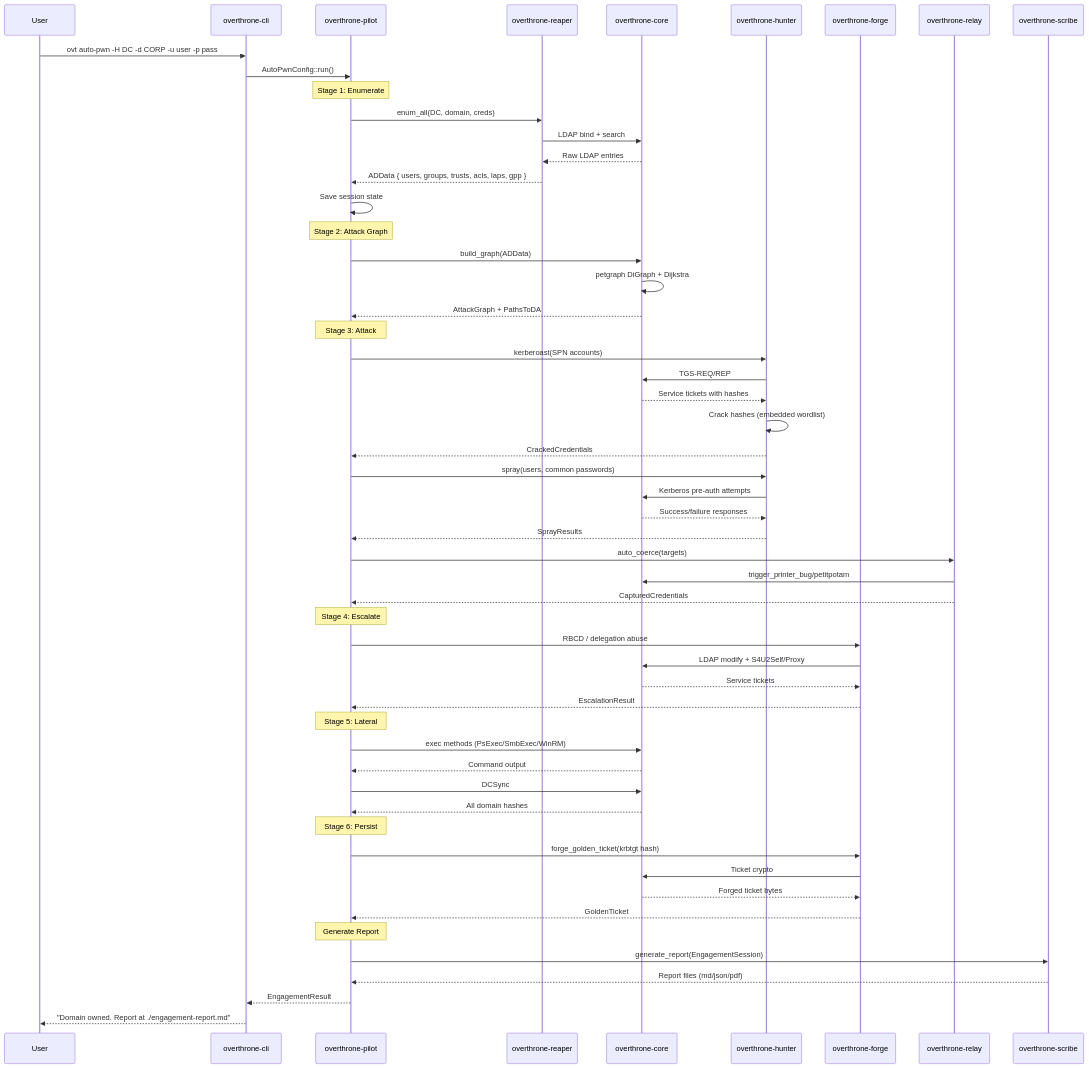
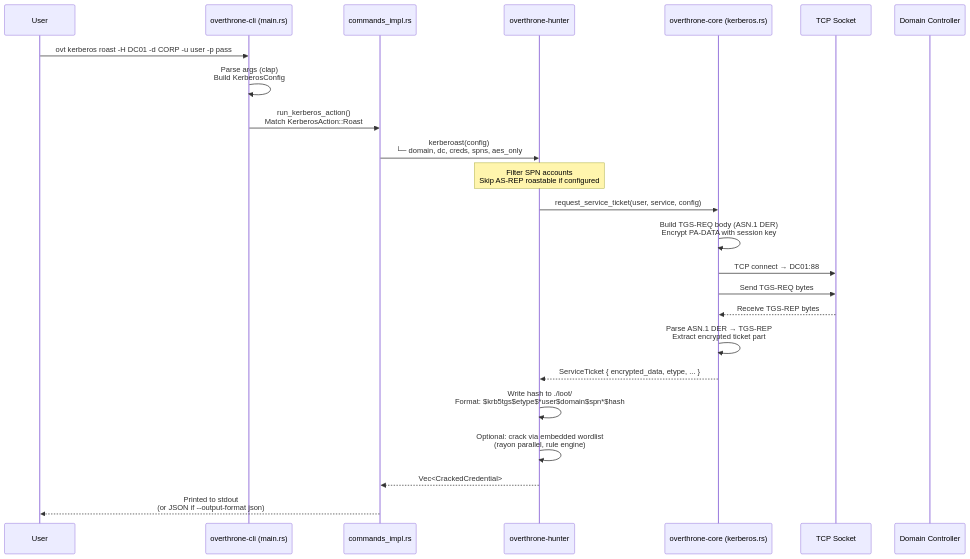
Diagram 34 of 35 in ARCHITECTURE.md (Karmanya03/Overthrone), drawn with Mermaid before and after one commit. The commit also changed other lines of this file and 1 other file, not shown here.

Commit message:
docs: fix README tables, update LOC, rewrite ARCHITECTURE.md tool flow

````diff
--- a/ARCHITECTURE.md
+++ b/ARCHITECTURE.md
@@ -828,68 +1089,30 @@
 ```mermaid
 sequenceDiagram
     participant User
-    participant CLI as overthrone-cli
-    participant PILOT as overthrone-pilot
-    participant REAPER as overthrone-reaper
-    participant CORE as overthrone-core
+    participant CLI as overthrone-cli (main.rs)
+    participant IMPL as commands_impl.rs
     participant HUNTER as overthrone-hunter
-    participant FORGE as overthrone-forge
-    participant RELAY as overthrone-relay
-    participant SCRIBE as overthrone-scribe
+    participant CORE as overthrone-core (kerberos.rs)
+    participant NET as TCP Socket
+    participant DC as Domain Controller
 
-    User->>CLI: ovt auto-pwn -H DC -d CORP -u user -p pass
+    User->>CLI: ovt kerberos roast -H DC01 -d CORP -u user -p pass
+    CLI->>CLI: Parse args (clap)<br/>Build KerberosConfig
+    CLI->>IMPL: run_kerberos_action()<br/>Match KerberosAction::Roast
+    IMPL->>HUNTER: kerberoast(config)<br/>└─ domain, dc, creds, spns, aes_only
 
-    CLI->>PILOT: AutoPwnConfig::run()
-    Note over PILOT: Stage 1: Enumerate
-    PILOT->>REAPER: enum_all(DC, domain, creds)
-    REAPER->>CORE: LDAP bind + search
-    CORE-->>REAPER: Raw LDAP entries
-    REAPER-->>PILOT: ADData { users, groups, trusts, acls, laps, gpp }
-    PILOT->>PILOT: Save session state
+    Note over HUNTER: Filter SPN accounts<br/>Skip AS-REP roastable if configured
 
-    Note over PILOT: Stage 2: Attack Graph
-    PILOT->>CORE: build_graph(ADData)
-    CORE->>CORE: petgraph DiGraph + Dijkstra
-    CORE-->>PILOT: AttackGraph + PathsToDA
+    HUNTER->>CORE: request_service_ticket(user, service, config)
+    CORE->>CORE: Build TGS-REQ body (ASN.1 DER)<br/>Encrypt PA-DATA with session key
+    CORE->>NET: TCP connect → DC01:88
+    CORE->>NET: Send TGS-REQ bytes
+    NET-->>CORE: Receive TGS-REP bytes
+    CORE->>CORE: Parse ASN.1 DER → TGS-REP<br/>Extract encrypted ticket part
+    CORE-->>HUNTER: ServiceTicket { encrypted_data, etype, ... }
 
-    Note over PILOT: Stage 3: Attack
-    PILOT->>HUNTER: kerberoast(SPN accounts)
-    HUNTER->>CORE: TGS-REQ/REP
-    CORE-->>HUNTER: Service tickets with hashes
-    HUNTER->>HUNTER: Crack hashes (embedded wordlist)
-    HUNTER-->>PILOT: CrackedCredentials
-
-    PILOT->>HUNTER: spray(users, common passwords)
-    HUNTER->>CORE: Kerberos pre-auth attempts
-    CORE-->>HUNTER: Success/failure responses
-    HUNTER-->>PILOT: SprayResults
-
-    PILOT->>RELAY: auto_coerce(targets)
-    RELAY->>CORE: trigger_printer_bug/petitpotam
-    RELAY-->>PILOT: CapturedCredentials
-
-    Note over PILOT: Stage 4: Escalate
-    PILOT->>FORGE: RBCD / delegation abuse
-    FORGE->>CORE: LDAP modify + S4U2Self/Proxy
-    CORE-->>FORGE: Service tickets
-    FORGE-->>PILOT: EscalationResult
-
-    Note over PILOT: Stage 5: Lateral
-    PILOT->>CORE: exec methods (PsExec/SmbExec/WinRM)
-    CORE-->>PILOT: Command output
-    PILOT->>CORE: DCSync
-    CORE-->>PILOT: All domain hashes
-
-    Note over PILOT: Stage 6: Persist
-    PILOT->>FORGE: forge_golden_ticket(krbtgt hash)
-    FORGE->>CORE: Ticket crypto
-    CORE-->>FORGE: Forged ticket bytes
-    FORGE-->>PILOT: GoldenTicket
-
-    Note over PILOT: Generate Report
-    PILOT->>SCRIBE: generate_report(EngagementSession)
-    SCRIBE-->>PILOT: Report files (md/json/pdf)
-
-    PILOT-->>CLI: EngagementResult
-    CLI-->>User: "Domain owned. Report at ./engagement-report.md"
+    HUNTER->>HUNTER: Write hash to ./loot/<br/>Format: $krb5tgs$etype$*user$domain$spn*$hash
+    HUNTER->>HUNTER: Optional: crack via embedded wordlist<br/>(rayon parallel, rule engine)
+    HUNTER-->>IMPL: Vec<CrackedCredential>
+    IMPL-->>User: Printed to stdout<br/>(or JSON if --output-format json)
 ```
````
